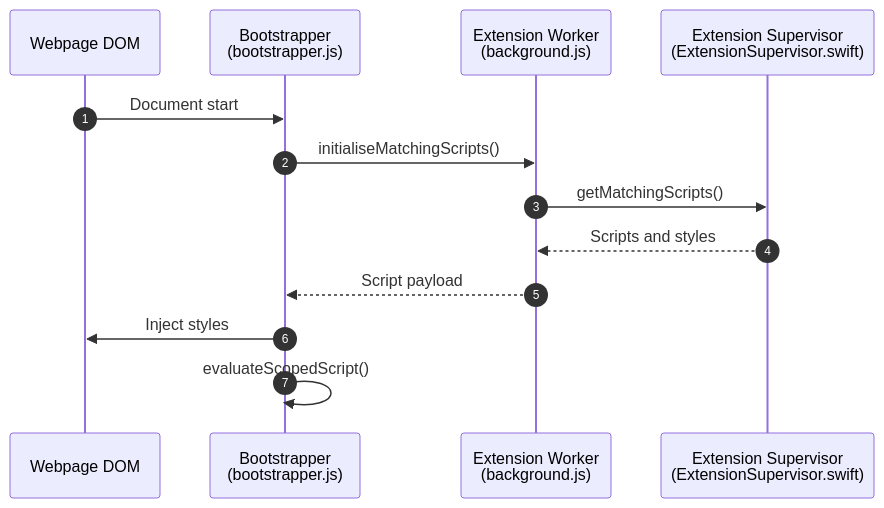
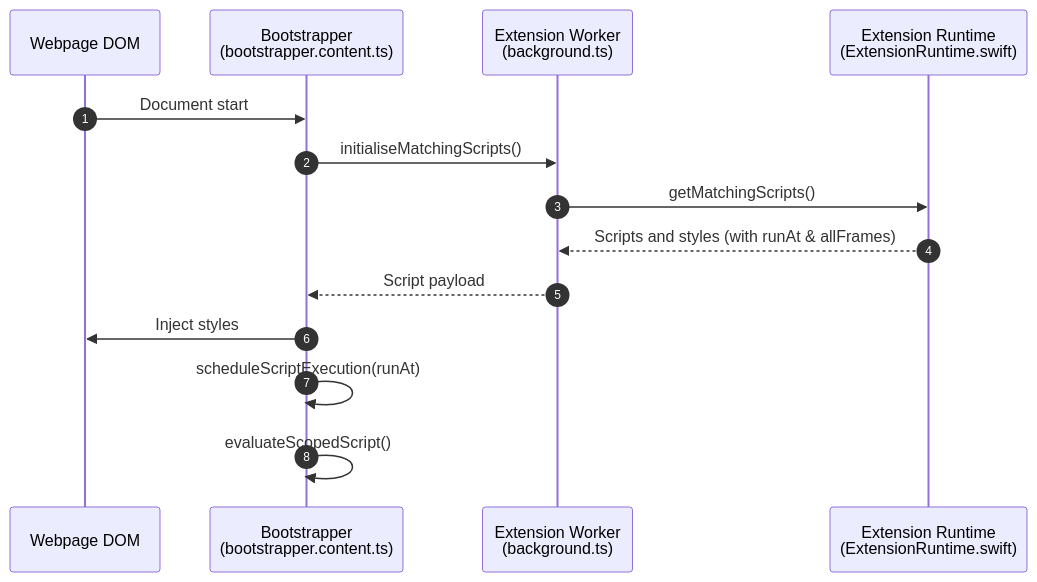
Before and after one commit to easonwong-de/Wirt: the fourth of 7 diagrams in docs/architecture.md, drawn with Mermaid. The commit also changed other lines of this file and 2 other files, not shown here.

Commit message:
docs: update system architecture and contributing guide

````diff
--- a/docs/architecture.md
+++ b/docs/architecture.md
@@ -122,16 +128,17 @@
 ```mermaid
 sequenceDiagram
     autonumber
     participant Page as Webpage DOM
-    participant Boot as Bootstrapper<br/>(bootstrapper.js)
-    participant Worker as Extension Worker<br/>(background.js)
-    participant Supervisor as Extension Supervisor<br/>(ExtensionSupervisor.swift)
+    participant Boot as Bootstrapper<br/>(bootstrapper.content.ts)
+    participant Worker as Extension Worker<br/>(background.ts)
+    participant Supervisor as Extension Runtime<br/>(ExtensionRuntime.swift)
 
     Page->>Boot: Document start
     Boot->>Worker: initialiseMatchingScripts()
     Worker->>Supervisor: getMatchingScripts()
-    Supervisor-->>Worker: Scripts and styles
+    Supervisor-->>Worker: Scripts and styles (with runAt & allFrames)
     Worker-->>Boot: Script payload
     Boot->>Page: Inject styles
+    Boot->>Boot: scheduleScriptExecution(runAt)
     Boot->>Boot: evaluateScopedScript()
 ```
````
